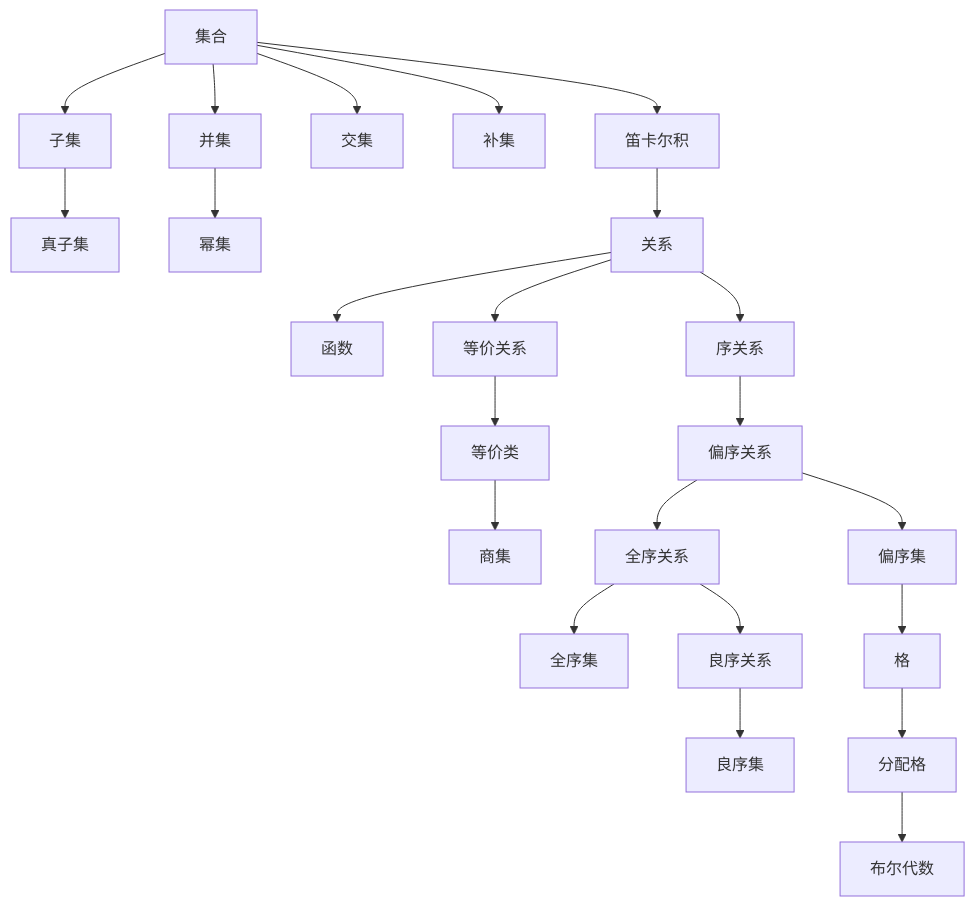
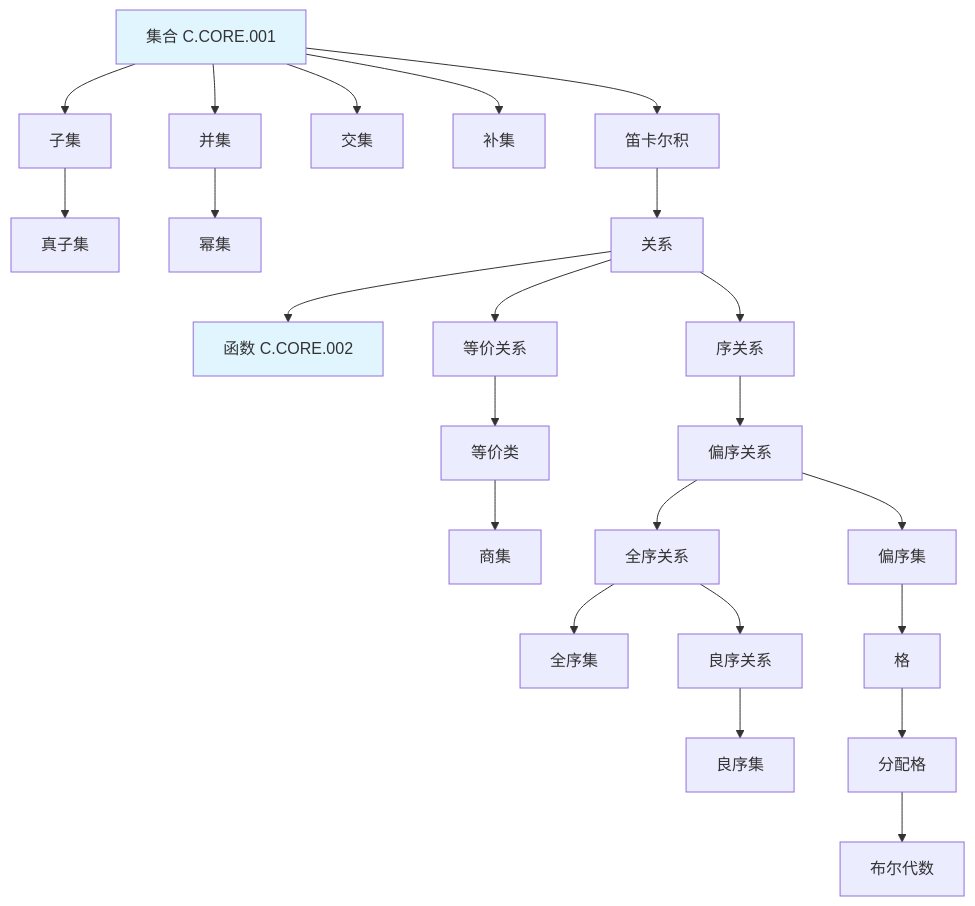
Before and after one commit to AdaMartin18010/FormalMath: the first of 22 diagrams in concept/05-知识关联网络/01-概念级关联网络.md, drawn with Mermaid. The commit also changed other lines of this file and 45 other files, not shown here.

````diff
--- a/concept/05-知识关联网络/01-概念级关联网络.md
+++ b/concept/05-知识关联网络/01-概念级关联网络.md
@@ -75,25 +75,28 @@
 ```mermaid
 graph TD
-    A[集合] --> B[子集]
+    A[集合 C.CORE.001] --> B[子集]
     A --> C[并集]
     A --> D[交集]
     A --> E[补集]
     B --> F[真子集]
     C --> G[幂集]
     A --> H[笛卡尔积]
     H --> I[关系]
-    I --> J[函数]
+    I --> J[函数 C.CORE.002]
     I --> K[等价关系]
     I --> N[序关系]
     K --> L[等价类]
     L --> M[商集]
     N --> O[偏序关系]
     O --> P[偏序集]
     O --> Q[全序关系]
     Q --> R[全序集]
     Q --> S[良序关系]
     S --> T[良序集]
     P --> U[格]
     U --> V[分配格]
     V --> W[布尔代数]
+
+    style A fill:#e1f5ff
+    style J fill:#e1f5ff
 ```
````
